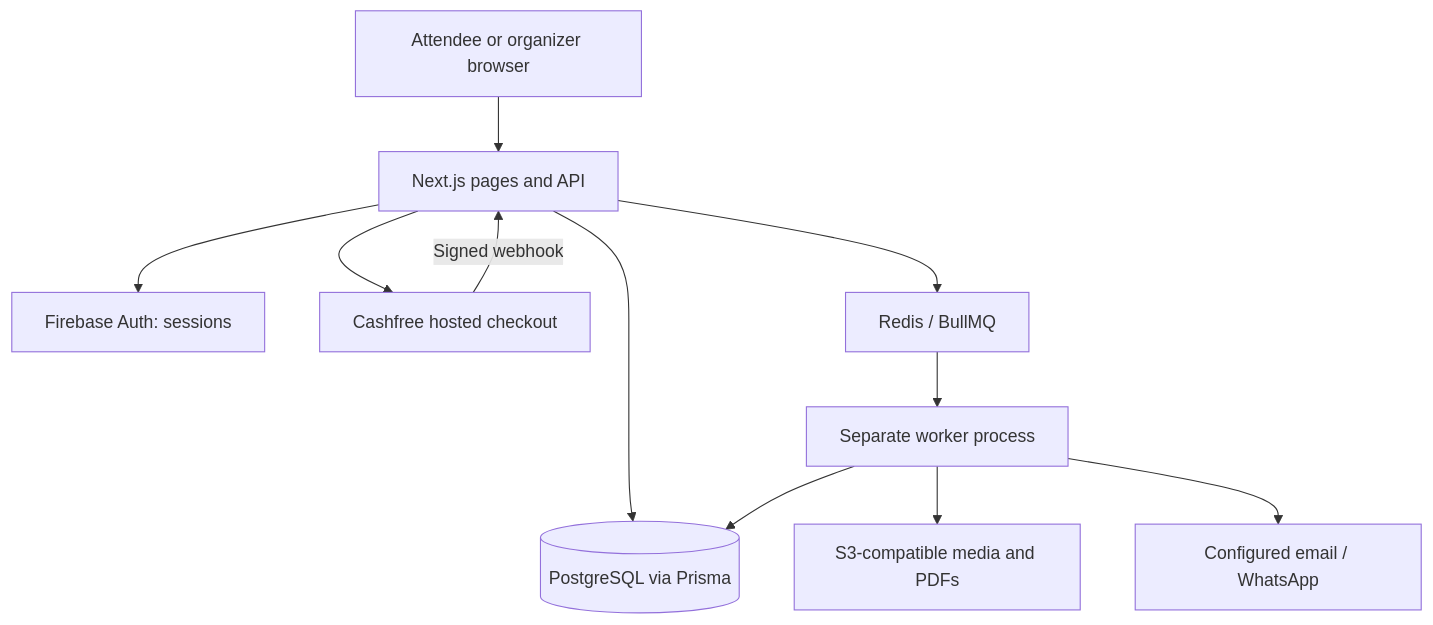
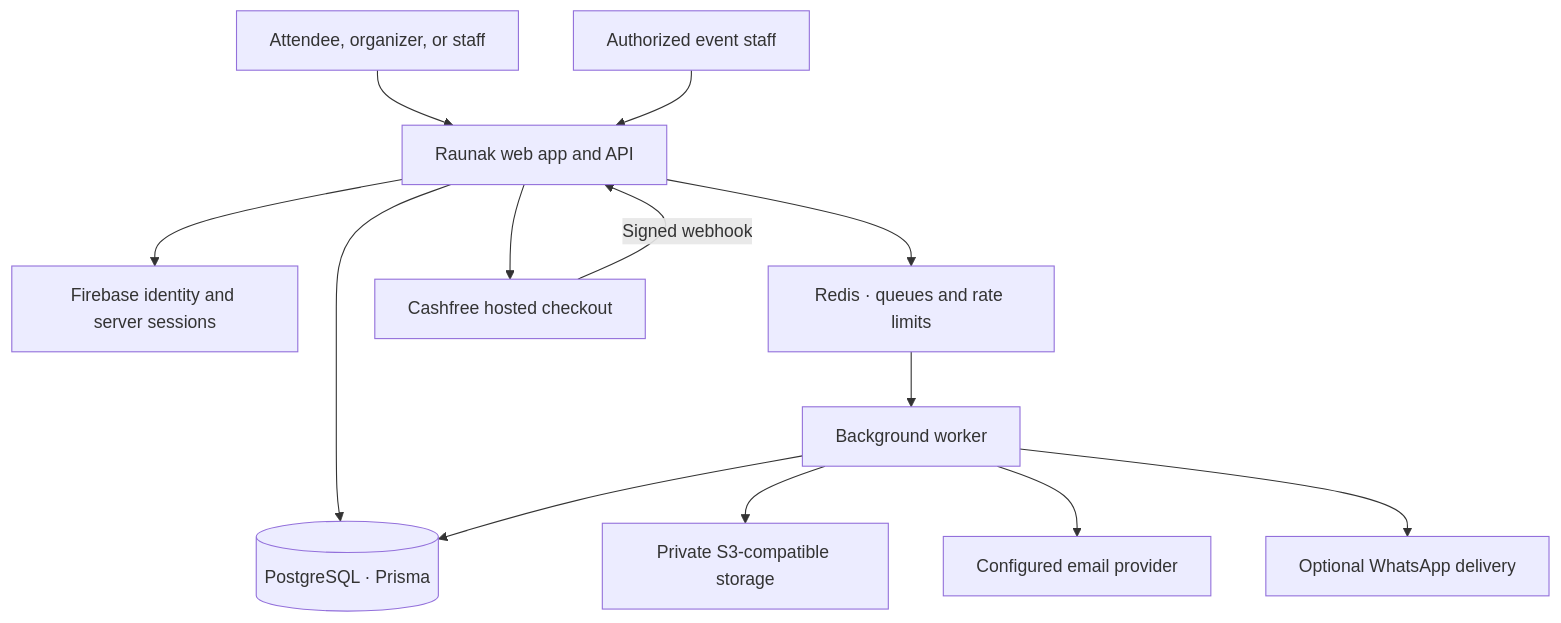
The second of 2 diagrams in README.md (YadurajManu/raunak), drawn with Mermaid before and after one commit. The commit also changed other lines of this file and 4 other files, not shown here.

Commit message:
docs: present Raunak as a private product

````diff
--- a/README.md
+++ b/README.md
@@ -64,13 +104,15 @@
 ```mermaid
-flowchart TD
-  Browser[Attendee or organizer browser] --> Web[Next.js pages and API]
-  Web --> Auth[Firebase Auth: sessions]
-  Web --> DB[(PostgreSQL via Prisma)]
-  Web --> Cashfree[Cashfree hosted checkout]
-  Cashfree -->|Signed webhook| Web
-  Web --> Queue[Redis / BullMQ]
-  Queue --> Worker[Separate worker process]
-  Worker --> DB
-  Worker --> Storage[S3-compatible media and PDFs]
-  Worker --> Delivery[Configured email / WhatsApp]
+flowchart TB
+  Guest[Attendee, organizer, or staff] --> App[Raunak web app and API]
+  App --> Auth[Firebase identity and server sessions]
+  App --> Data[(PostgreSQL · Prisma)]
+  App --> Cache[Redis · queues and rate limits]
+  App --> Pay[Cashfree hosted checkout]
+  Pay -->|Signed webhook| App
+  Cache --> Worker[Background worker]
+  Worker --> Data
+  Worker --> Files[Private S3-compatible storage]
+  Worker --> Mail[Configured email provider]
+  Worker --> WA[Optional WhatsApp delivery]
+  Staff[Authorized event staff] --> App
 ```
````
